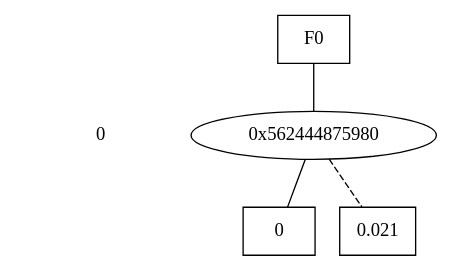
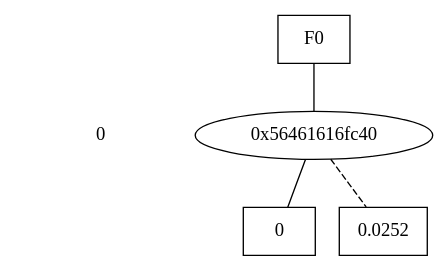
One commit to AAU-Dat/CuPAAL changed the diagram in beta1.dot. Above: the diagram before and after it, drawn with Graphviz. The commit also changed 38 other files, not shown here.

```diff
--- a/beta1.dot
+++ b/beta1.dot
@@ -1,25 +1,25 @@
 digraph "DD" {
 size = "7.5,10"
 center = true;
 edge [dir = none];
 { node [shape = plaintext];
   edge [style = invis];
   "CONST NODES" [style = invis];
 " 0 " -> "CONST NODES"; 
 }
 { rank = same; node [shape = box]; edge [style = invis];
 "F0"; }
 { rank = same; " 0 ";
-"0x562444875980";
+"0x56461616fc40";
 }
 { rank = same; "CONST NODES";
-{ node [shape = box]; "0x562444875260";
-"0x562444875920";
+{ node [shape = box]; "0x56461616f260";
+"0x56461616fbe0";
 }
 }
-"F0" -> "0x562444875980" [style = solid];
-"0x562444875980" -> "0x562444875260";
-"0x562444875980" -> "0x562444875920" [style = dashed];
-"0x562444875260" [label = "0"];
-"0x562444875920" [label = "0.021"];
+"F0" -> "0x56461616fc40" [style = solid];
+"0x56461616fc40" -> "0x56461616f260";
+"0x56461616fc40" -> "0x56461616fbe0" [style = dashed];
+"0x56461616f260" [label = "0"];
+"0x56461616fbe0" [label = "0.0252"];
 }
```
